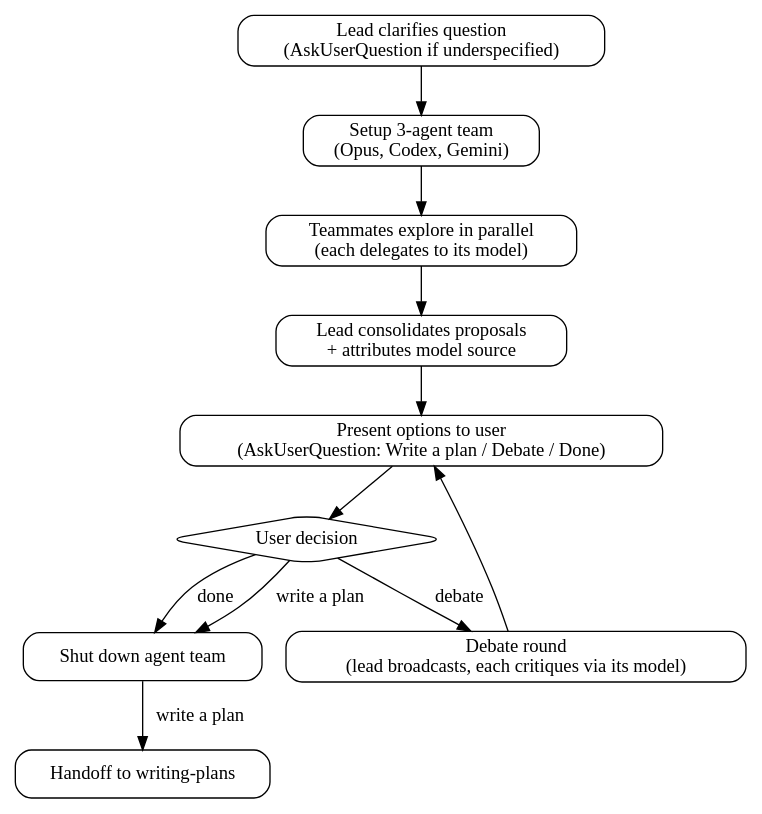
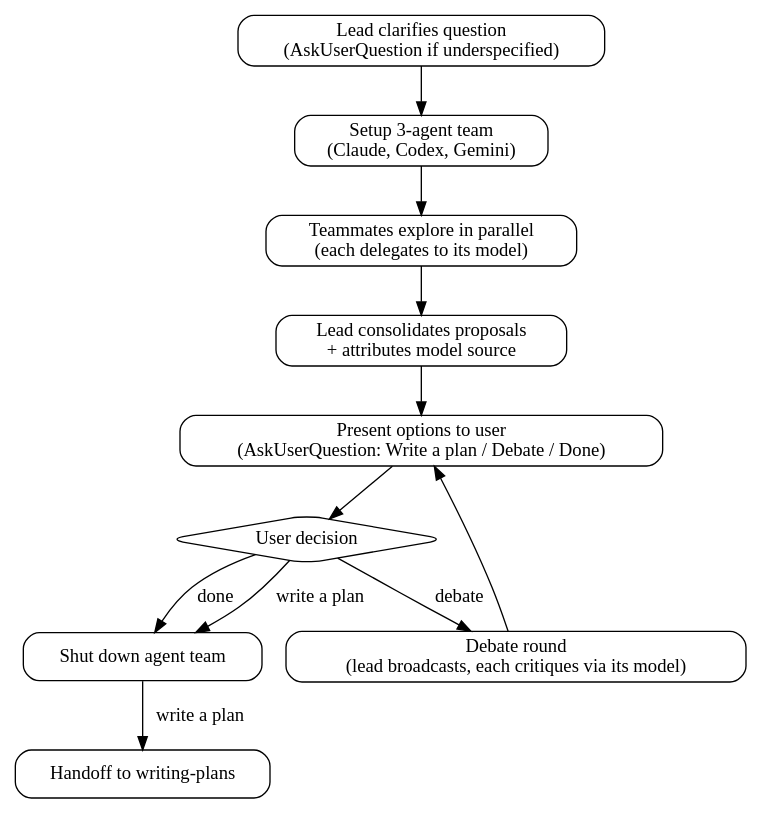
One commit to vinta/hal-9000 changed the diagram in skills/magi-ex/SKILL.md. Above: the diagram before and after it, drawn with Graphviz. The commit also changed other lines of this file and 4 other files, not shown here.

````diff
--- a/skills/magi-ex/SKILL.md
+++ b/skills/magi-ex/SKILL.md
@@ -42,27 +41,27 @@
 ```dot
 digraph magi_ex {
     rankdir=TB;
     node [shape=box, style=rounded];
 
     clarify [label="Lead clarifies question\n(AskUserQuestion if underspecified)"];
-    setup [label="Setup 3-agent team\n(Opus, Codex, Gemini)"];
+    setup [label="Setup 3-agent team\n(Claude, Codex, Gemini)"];
     explore [label="Teammates explore in parallel\n(each delegates to its model)"];
     consolidate [label="Lead consolidates proposals\n+ attributes model source"];
     present [label="Present options to user\n(AskUserQuestion: Write a plan / Debate / Done)"];
     decide [label="User decision" shape=diamond];
     debate [label="Debate round\n(lead broadcasts, each critiques via its model)"];
     teardown [label="Shut down agent team"];
     handoff [label="Handoff to writing-plans"];
 
     clarify -> setup;
     setup -> explore;
     explore -> consolidate;
     consolidate -> present;
     present -> decide;
     decide -> debate [label="debate"];
     decide -> teardown [label="done"];
     decide -> teardown [label="write a plan"];
     teardown -> handoff [label="write a plan"];
     debate -> present;
 }
 ```
````
